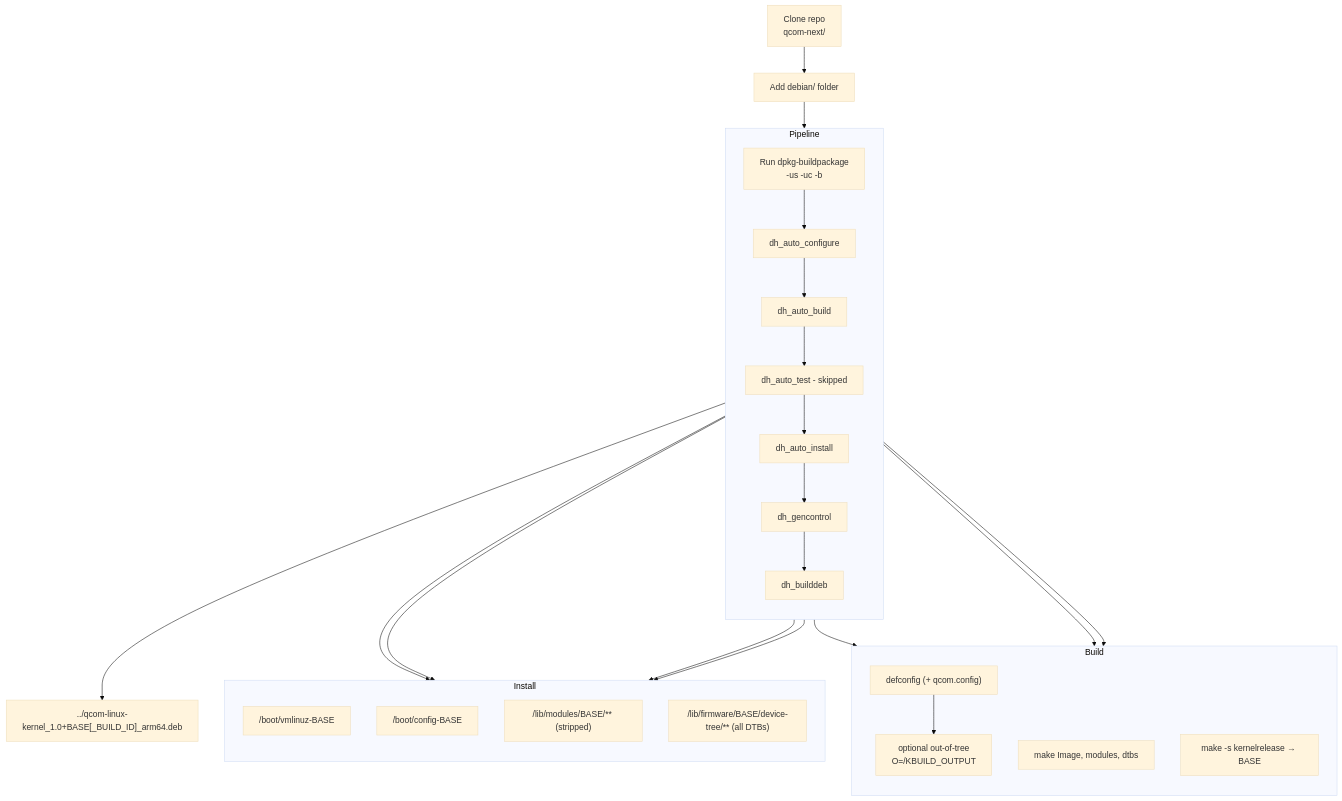
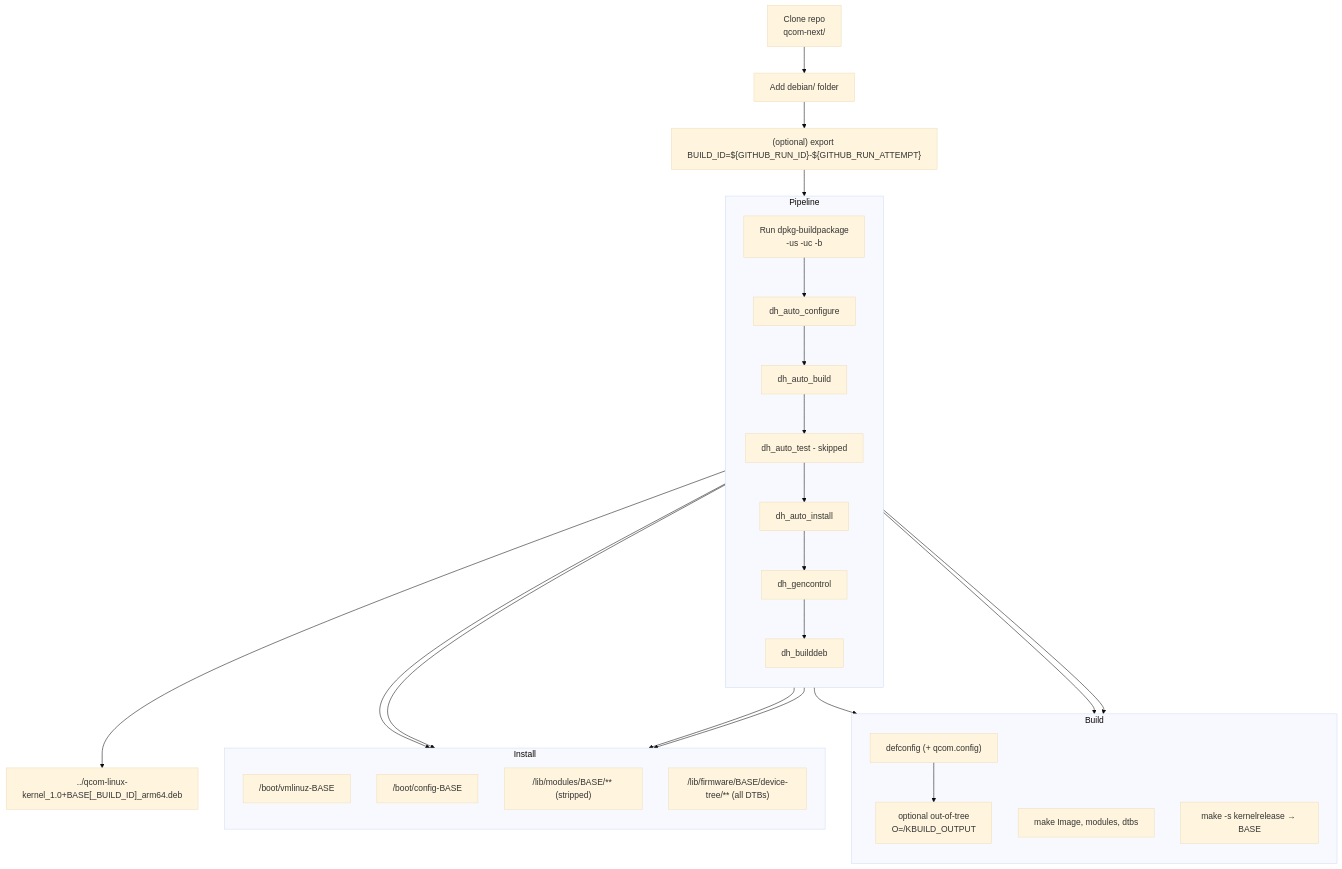
Before and after one commit to qualcomm-linux/pkg-linux-qcom: the diagram in README.md, drawn with Mermaid (base theme).

Commit message:
Update README with optional BUILD_ID export step
Added optional step to export BUILD_ID before building.

````diff
--- a/README.md
+++ b/README.md
@@ -5,34 +5,35 @@
 ```mermaid
 flowchart TD
   A["Clone repo<br/>qcom-next/"] --> B["Add debian/ folder"]
-  B --> C["Run dpkg-buildpackage<br/>-us -uc -b"]
+  B --> X["(optional) export BUILD_ID=${GITHUB_RUN_ID}-${GITHUB_RUN_ATTEMPT}"]
+  X --> C["Run dpkg-buildpackage<br/>-us -uc -b"]
 
   subgraph Pipeline
     direction TB
     C --> E[dh_auto_configure]
     E --> F[dh_auto_build]
     F --> G["dh_auto_test - skipped"]
     G --> H[dh_auto_install]
     H --> I[dh_gencontrol]
     I --> J[dh_builddeb]
   end
 
   subgraph Build
     direction TB
     E --> K["defconfig (+ qcom.config)"]
     K --> L["optional out-of-tree<br/>O=/KBUILD_OUTPUT"]
     F --> M["make Image, modules, dtbs"]
     F --> N["make -s kernelrelease → BASE"]
   end
 
   subgraph Install
     direction TB
     H --> P["/boot/vmlinuz-BASE"]
     H --> Q["/boot/config-BASE"]
     H --> R["/lib/modules/BASE/** (stripped)"]
     H --> S["/lib/firmware/BASE/device-tree/** (all DTBs)"]
   end
 
   J --> T["../qcom-linux-kernel_1.0+BASE[_BUILD_ID]_arm64.deb"]
 
 ```
````
